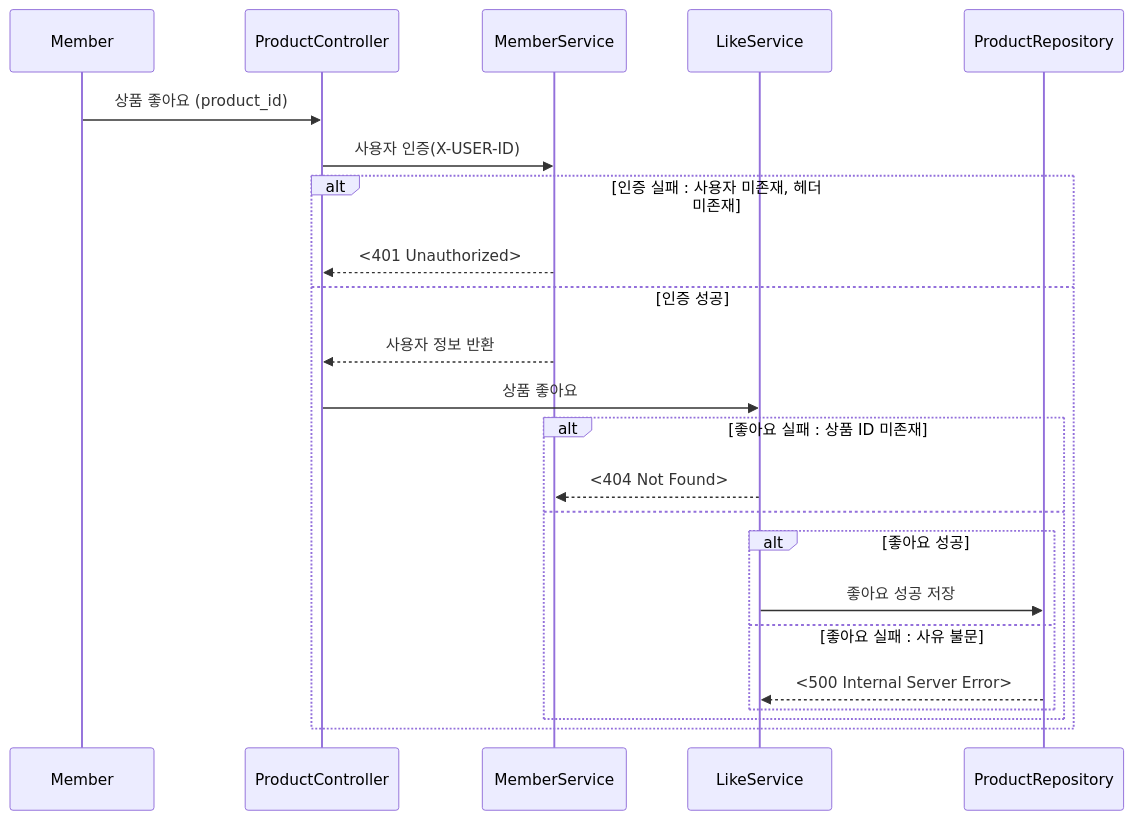
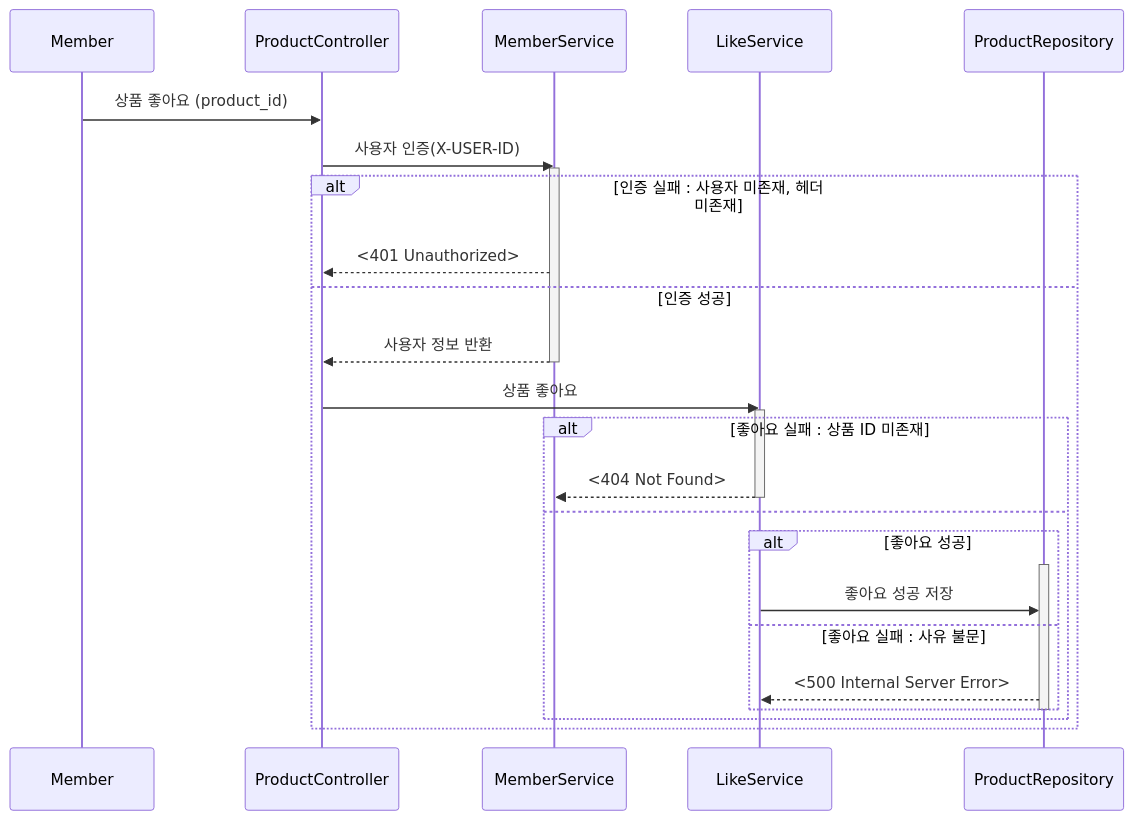
One commit to impwy/loopers-ecommerce changed the second of 4 diagrams in docs/design/02-sequence-diagrams.md. Above: the diagram before and after it, drawn with Mermaid. The commit also changed other lines of this file and 80 other files, not shown here.

````diff
--- a/docs/design/02-sequence-diagrams.md
+++ b/docs/design/02-sequence-diagrams.md
@@ -34,25 +43,34 @@
 ```mermaid
 sequenceDiagram
     participant M as Member
     participant PC as ProductController
     participant MS as MemberService
     participant LS as LikeService
     participant PR as ProductRepository
+    
     M ->> PC: 상품 좋아요 (product_id)
+    
     PC ->> MS: 사용자 인증(X-USER-ID)
+    activate MS
     alt 인증 실패 : 사용자 미존재, 헤더 미존재
         MS -->> PC: <401 Unauthorized>
     else 인증 성공
         MS -->> PC: 사용자 정보 반환
+        deactivate MS
+        
         PC ->> LS: 상품 좋아요
+        activate LS
         alt 좋아요 실패 : 상품 ID 미존재
             LS -->> MS: <404 Not Found>
+            deactivate LS
         else
             alt 좋아요 성공
+            activate PR
                 LS ->> PR: 좋아요 성공 저장
             else 좋아요 실패 : 사유 불문
                 PR -->> LS: <500 Internal Server Error>
             end
+            deactivate PR
         end
     end
 ```
````
